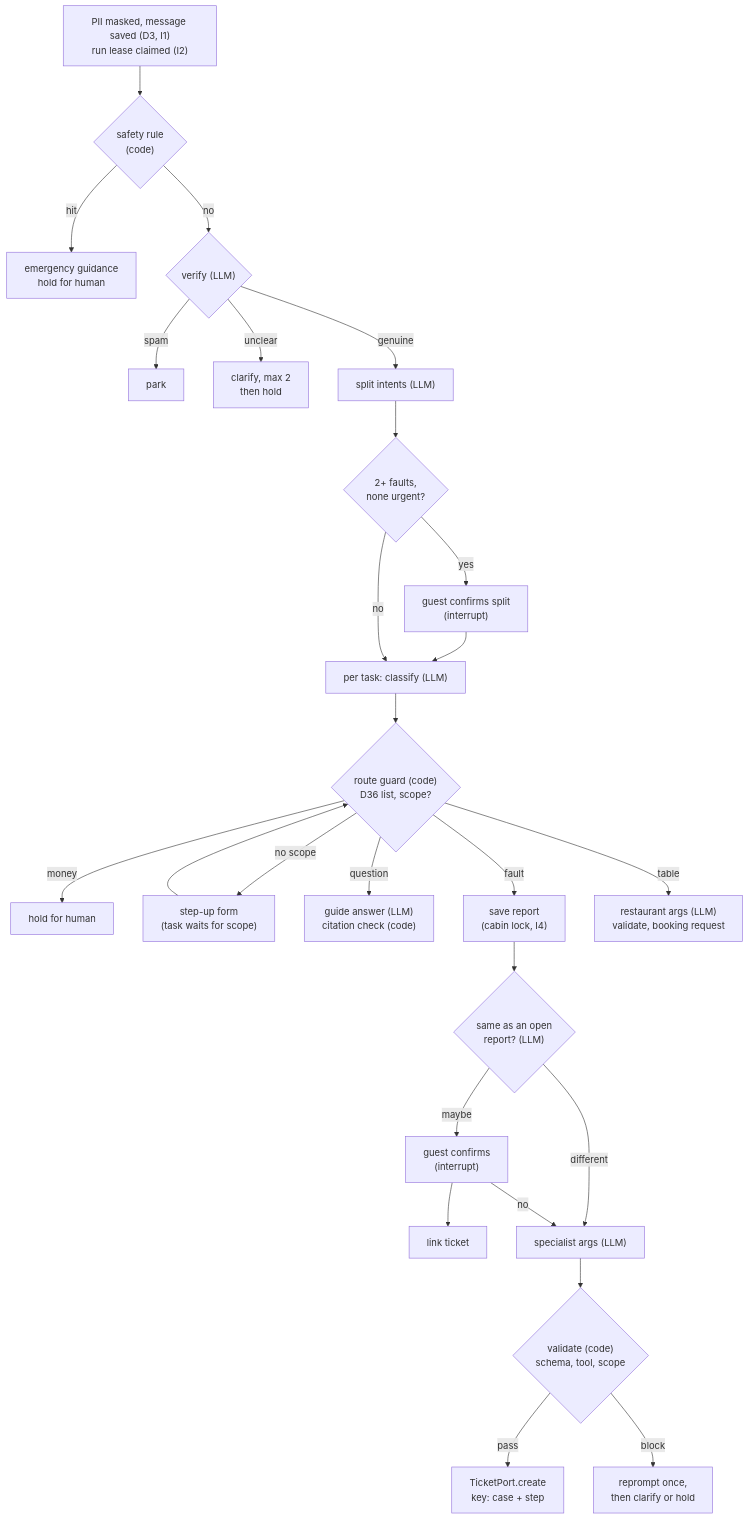
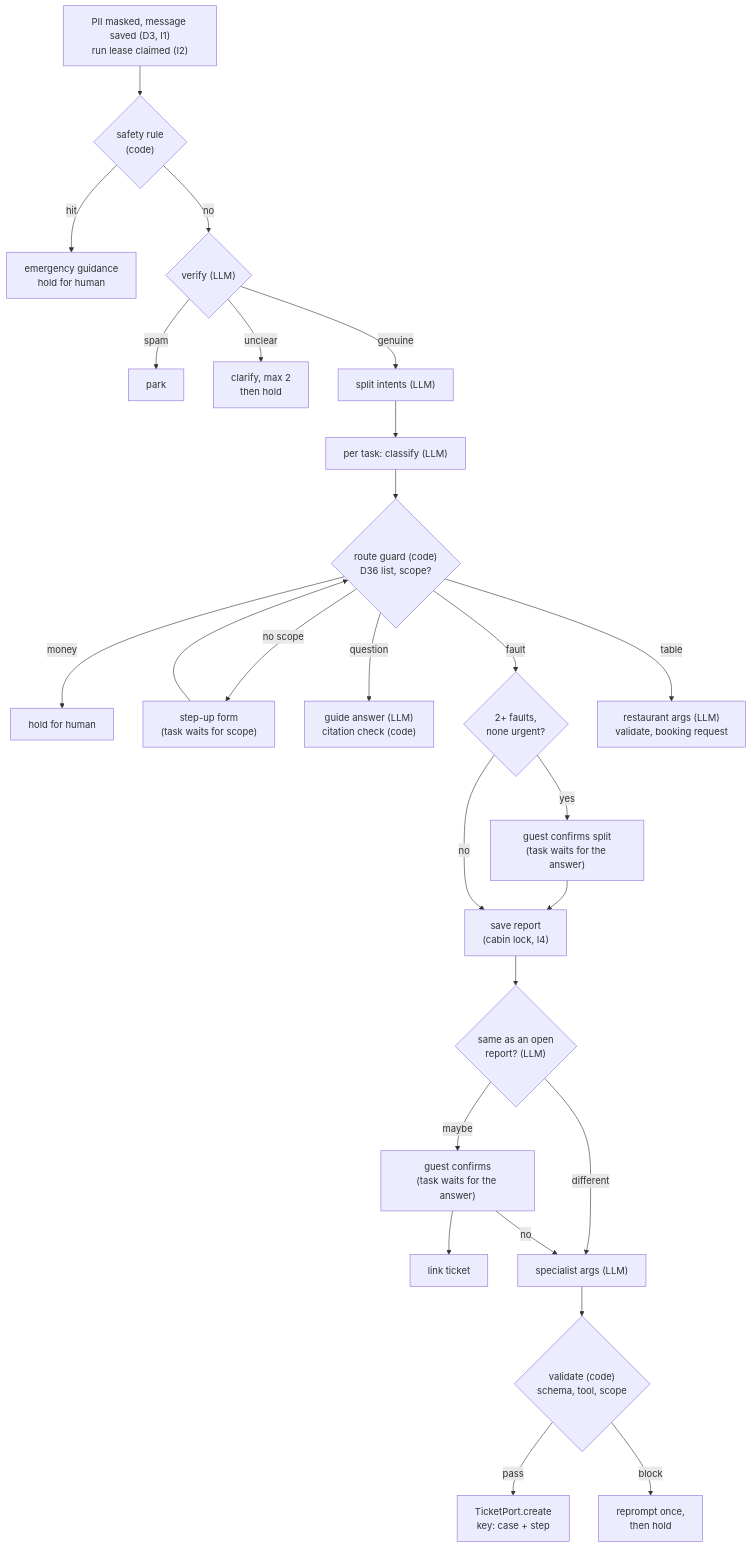
The second of 5 diagrams in docs/architecture.md (nish1013/camp-guest-ai-agent), drawn with Mermaid before and after one commit. The commit also changed other lines of this file and 60 other files, not shown here.

Commit message:
Fault tickets: cabin reports, confirmations, specialists, validation (#8)

````diff
--- a/docs/architecture.md
+++ b/docs/architecture.md
@@ -50,24 +51,24 @@
 ```mermaid
 flowchart TD
   In["PII masked, message saved (D3, I1)<br/>run lease claimed (I2)"] --> Safety{"safety rule<br/>(code)"}
   Safety -- hit --> Emergency["emergency guidance<br/>hold for human"]
   Safety -- no --> Verify{"verify (LLM)"}
   Verify -- spam --> Park["park"]
   Verify -- unclear --> Clarify["clarify, max 2<br/>then hold"]
   Verify -- genuine --> Split["split intents (LLM)"]
-  Split --> Confirm{"2+ faults,<br/>none urgent?"}
-  Confirm -- yes --> AskSplit["guest confirms split<br/>(interrupt)"] --> Classify
-  Confirm -- no --> Classify["per task: classify (LLM)"]
+  Split --> Classify["per task: classify (LLM)"]
   Classify --> Guard{"route guard (code)<br/>D36 list, scope?"}
   Guard -- money --> Hold["hold for human"]
   Guard -- no scope --> StepUp["step-up form<br/>(task waits for scope)"] --> Guard
   Guard -- question --> Answer["guide answer (LLM)<br/>citation check (code)"]
-  Guard -- fault --> Report["save report<br/>(cabin lock, I4)"] --> Same{"same as an open<br/>report? (LLM)"}
-  Same -- maybe --> AskSame["guest confirms<br/>(interrupt)"] --> Link["link ticket"]
+  Guard -- fault --> Confirm{"2+ faults,<br/>none urgent?"}
+  Confirm -- yes --> AskSplit["guest confirms split<br/>(task waits for the answer)"] --> Report
+  Confirm -- no --> Report["save report<br/>(cabin lock, I4)"] --> Same{"same as an open<br/>report? (LLM)"}
+  Same -- maybe --> AskSame["guest confirms<br/>(task waits for the answer)"] --> Link["link ticket"]
   Same -- different --> Args["specialist args (LLM)"]
   AskSame -- no --> Args
   Args --> Validate{"validate (code)<br/>schema, tool, scope"}
   Validate -- pass --> Ticket["TicketPort.create<br/>key: case + step"]
-  Validate -- block --> Reprompt["reprompt once,<br/>then clarify or hold"]
+  Validate -- block --> Reprompt["reprompt once,<br/>then hold"]
   Guard -- table --> Booking["restaurant args (LLM)<br/>validate, booking request"]
 ```
````
